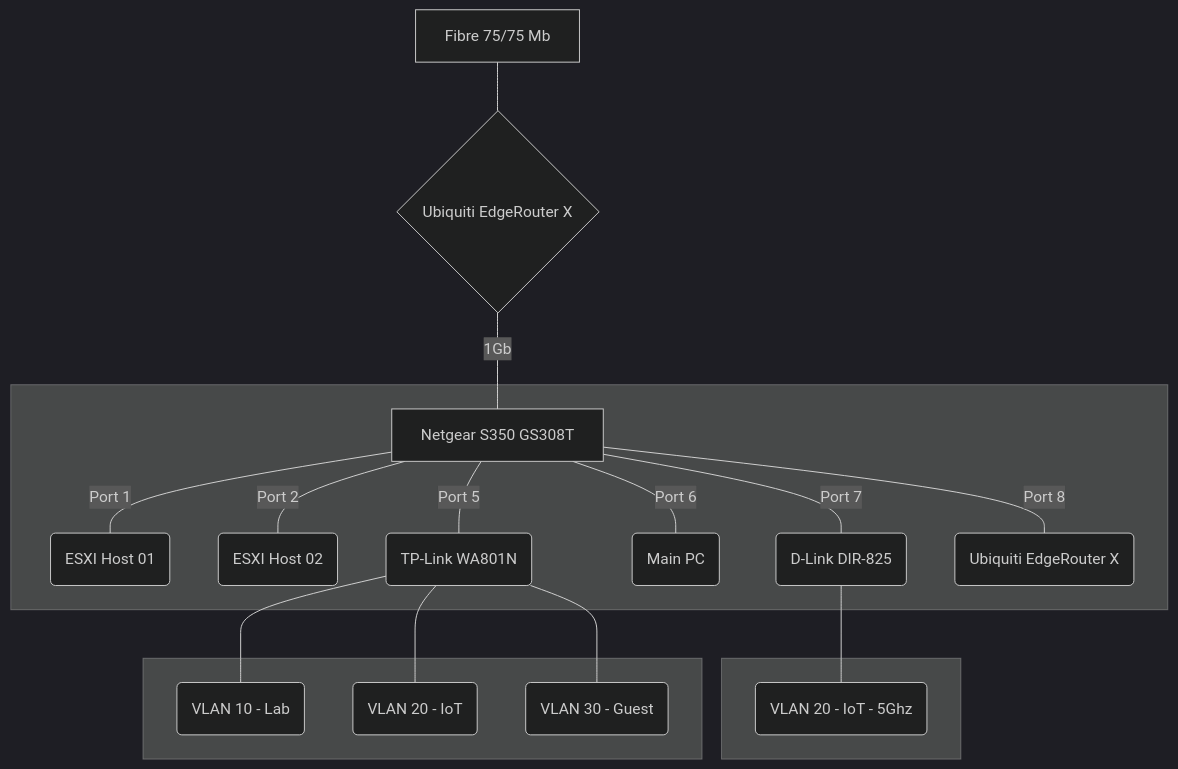
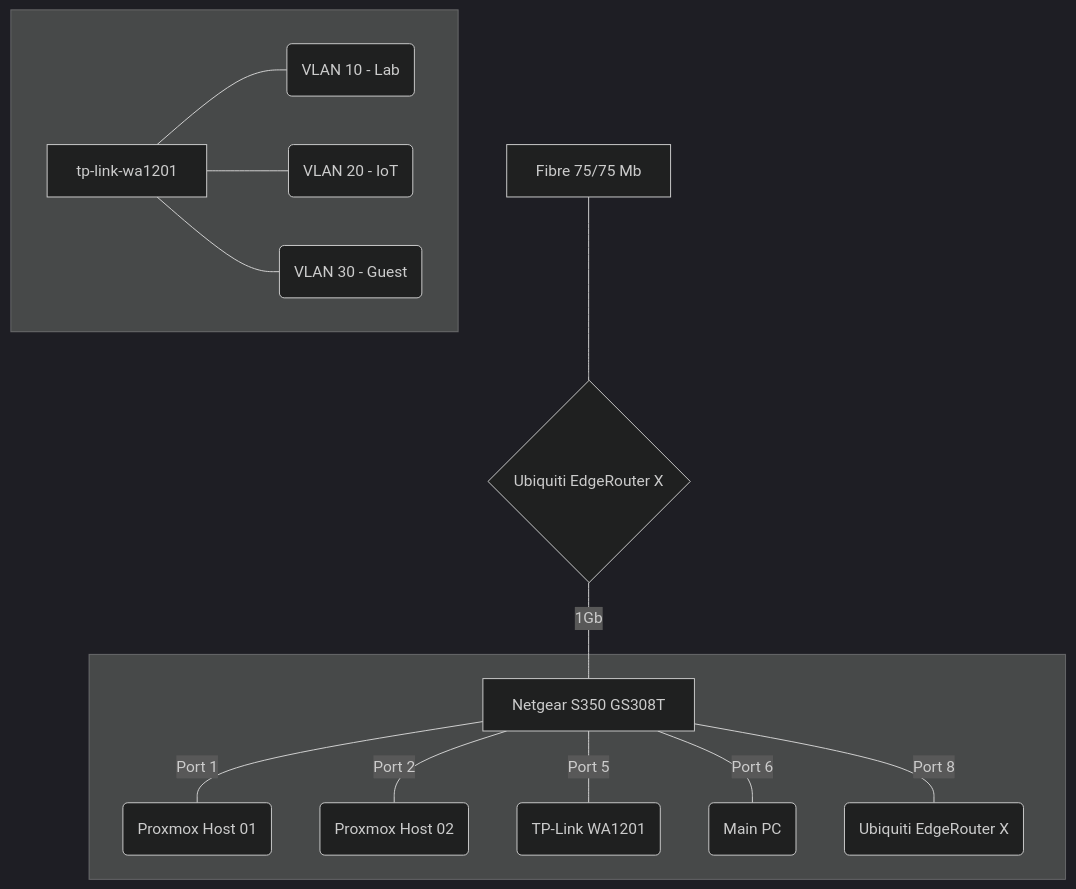
Before and after one commit to data-tangles/documentation: the diagram in docs/Disaster_Recovery/homelab_dr_plan.md, drawn with Mermaid (dark theme). The commit also changed other lines of this file, not shown here.

````diff
--- a/docs/Disaster_Recovery/homelab_dr_plan.md
+++ b/docs/Disaster_Recovery/homelab_dr_plan.md
@@ -70,22 +55,18 @@
 ``` mermaid
 graph TD
  linkStyle default interpolate basis
  wan[<center>Fibre 75/75 Mb<br>]---router{<center>Ubiquiti EdgeRouter X<br>}
  router---|1Gb|switch[<center>Netgear S350 GS308T<br>]
  subgraph switching[" "]
- switch---|Port 1|esxi-host-01(<center>ESXI Host 01<br>)
- switch---|Port 2|esxi-host-02(<center>ESXI Host 02<br>)
- switch---|Port 5|tp-link-wa801n(<center>TP-Link WA801N<br>)
+ switch---|Port 1|esxi-host-01(<center>Proxmox Host 01<br>)
+ switch---|Port 2|esxi-host-02(<center>Proxmox Host 02<br>)
+ switch---|Port 5|tp-link-wa801n(<center>TP-Link WA1201<br>)
  switch---|Port 6|main-pc(<center>Main PC<br>)
- switch---|Port 7|d-link-dir-825(<center>D-Link DIR-825<br>)
  switch---|Port 8|ubiquiti-edgerouter-x(<center>Ubiquiti EdgeRouter X<br>)
  end
- subgraph wifi-5Ghz[" "]
- d-link-dir-825---vlan-iot-5ghz(<center>VLAN 20 - IoT - 5Ghz<br>)
- end
  subgraph wifi[" "]
- tp-link-wa801n---vlan-lab(<center>VLAN 10 - Lab<br>)
- tp-link-wa801n---vlan-iot(<center>VLAN 20 - IoT<br>)
- tp-link-wa801n---vlan-guest(<center>VLAN 30 - Guest<br>)
+ tp-link-wa1201---vlan-lab(<center>VLAN 10 - Lab<br>)
+ tp-link-wa1201---vlan-iot(<center>VLAN 20 - IoT<br>)
+ tp-link-wa1201---vlan-guest(<center>VLAN 30 - Guest<br>)
  end
 ```
````
